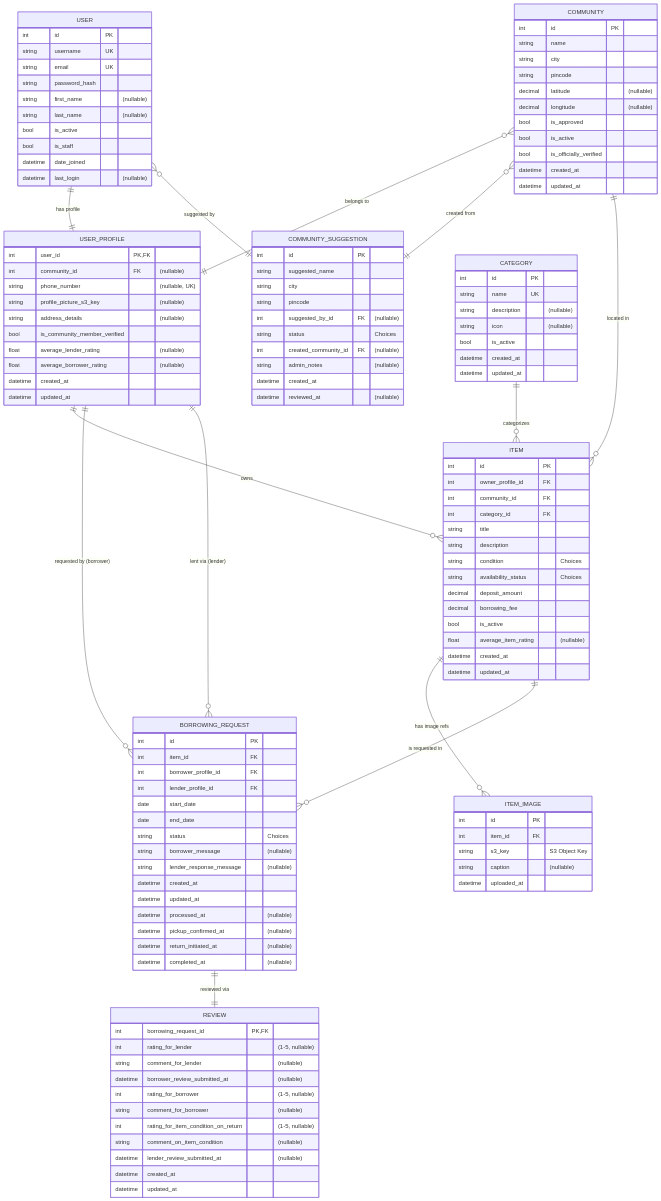
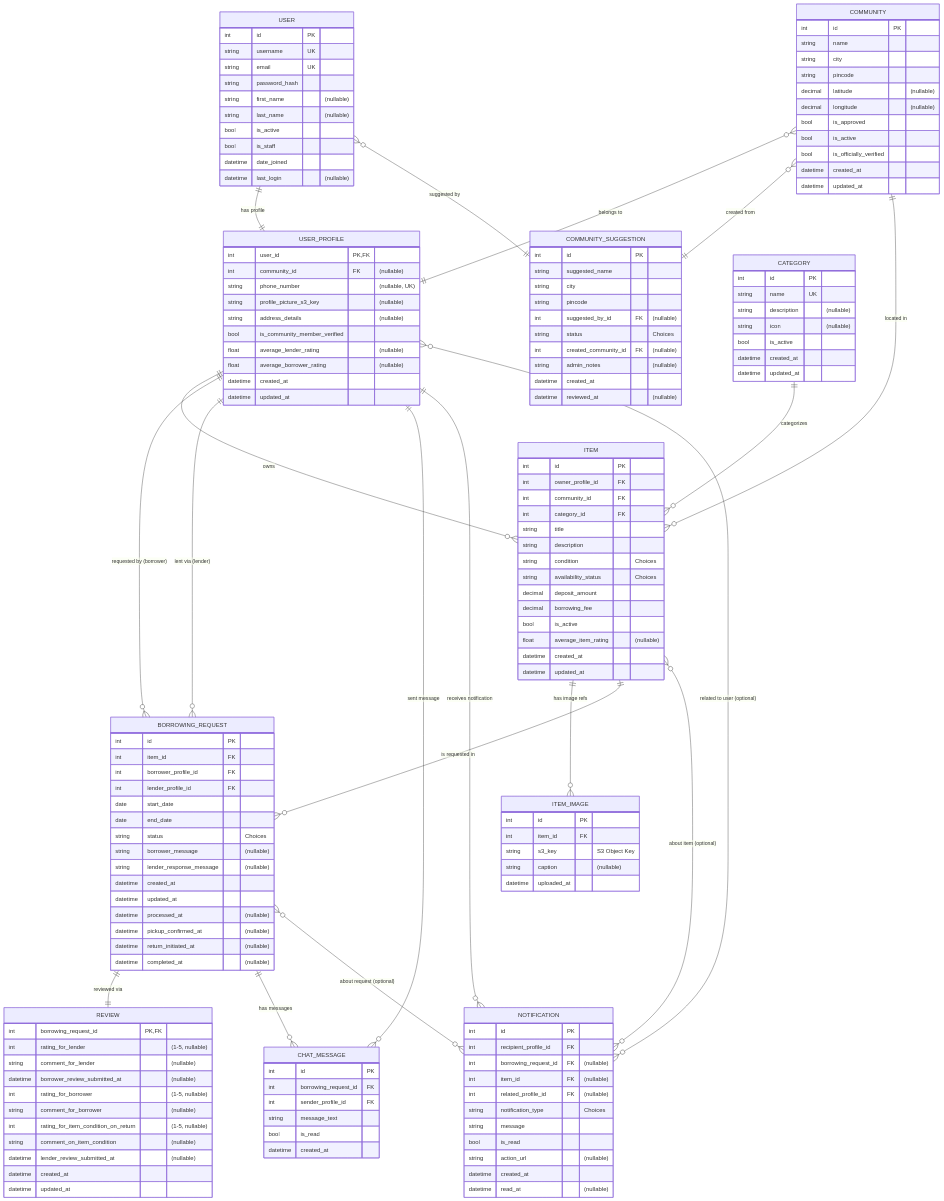
One commit to vishalmeti/a2b-be changed the diagram in README.md. Above: the diagram before and after it, drawn with Mermaid.

````diff
--- a/README.md
+++ b/README.md
@@ -152,12 +152,33 @@
     USER_PROFILE ||--o{ BORROWING_REQUEST : "lent via (lender)"
     BORROWING_REQUEST ||--|| REVIEW : "reviewed via"
 
-    %% --- Planned Models (Relationships Only) ---
-    %% BORROWING_REQUEST }o--o{ CHAT_MESSAGE : "has messages"
-    %% USER_PROFILE }o--o{ CHAT_MESSAGE : "sent message"
-    %% USER_PROFILE ||--o{ NOTIFICATION : "receives notification"
-    %% BORROWING_REQUEST }o--|| NOTIFICATION : "about request (optional)"
-    %% ITEM }o--|| NOTIFICATION : "about item (optional)"
-    %% USER_PROFILE }o--|| NOTIFICATION : "about user (optional)"
+    %% --- Communication & Notifications ---
+    CHAT_MESSAGE {
+        int id PK
+        int borrowing_request_id FK
+        int sender_profile_id FK
+        string message_text
+        bool is_read
+        datetime created_at
+    }
+    NOTIFICATION {
+        int id PK
+        int recipient_profile_id FK
+        int borrowing_request_id FK "(nullable)"
+        int item_id FK "(nullable)"
+        int related_profile_id FK "(nullable)"
+        string notification_type "Choices"
+        string message
+        bool is_read
+        string action_url "(nullable)"
+        datetime created_at
+        datetime read_at "(nullable)"
+    }
 
+    BORROWING_REQUEST ||--o{ CHAT_MESSAGE : "has messages"
+    USER_PROFILE ||--o{ CHAT_MESSAGE : "sent message"
+    USER_PROFILE ||--o{ NOTIFICATION : "receives notification"
+    BORROWING_REQUEST }o--o{ NOTIFICATION : "about request (optional)"
+    ITEM }o--o{ NOTIFICATION : "about item (optional)"
+    USER_PROFILE }o--o{ NOTIFICATION : "related to user (optional)"
 ```
````
